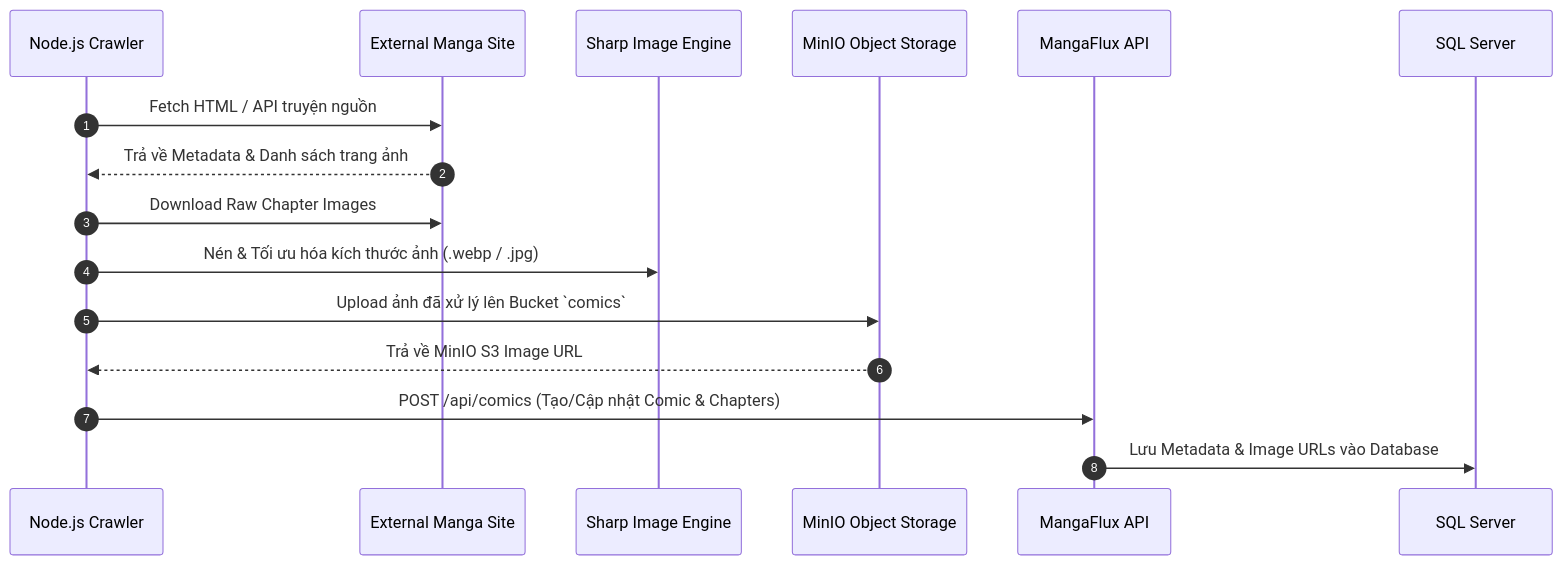
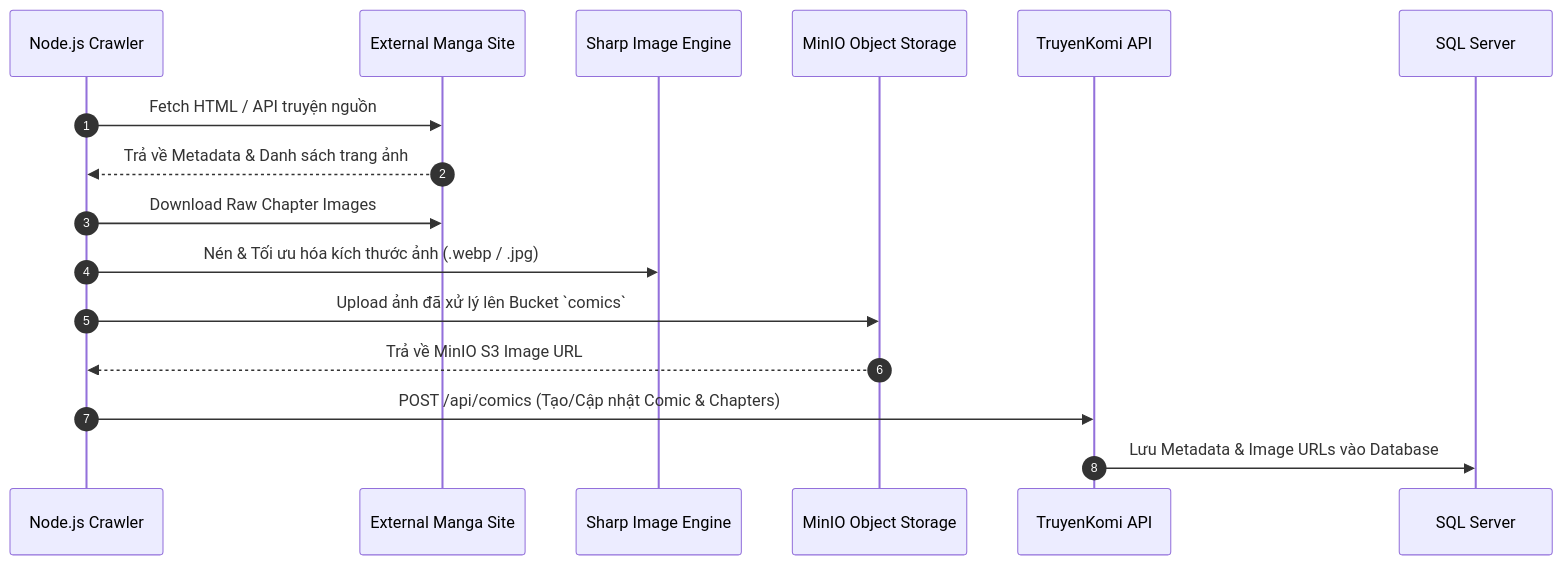
One commit to anhngduc0311/angular_comic changed the fourth of 4 diagrams in architecture.md. Above: the diagram before and after it, drawn with Mermaid. The commit also changed other lines of this file and 90 other files, not shown here.

````diff
--- a/architecture.md
+++ b/architecture.md
@@ -241,19 +241,19 @@
 ```mermaid
 sequenceDiagram
     autonumber
     participant Crawler as Node.js Crawler
     participant Target as External Manga Site
     participant Sharp as Sharp Image Engine
     participant MinIO as MinIO Object Storage
-    participant API as MangaFlux API
+    participant API as TruyenKomi API
     participant DB as SQL Server
 
     Crawler->>Target: Fetch HTML / API truyện nguồn
     Target-->>Crawler: Trả về Metadata & Danh sách trang ảnh
     Crawler->>Target: Download Raw Chapter Images
     Crawler->>Sharp: Nén & Tối ưu hóa kích thước ảnh (.webp / .jpg)
     Crawler->>MinIO: Upload ảnh đã xử lý lên Bucket `comics`
     MinIO-->>Crawler: Trả về MinIO S3 Image URL
     Crawler->>API: POST /api/comics (Tạo/Cập nhật Comic & Chapters)
     API->>DB: Lưu Metadata & Image URLs vào Database
 ```
````
